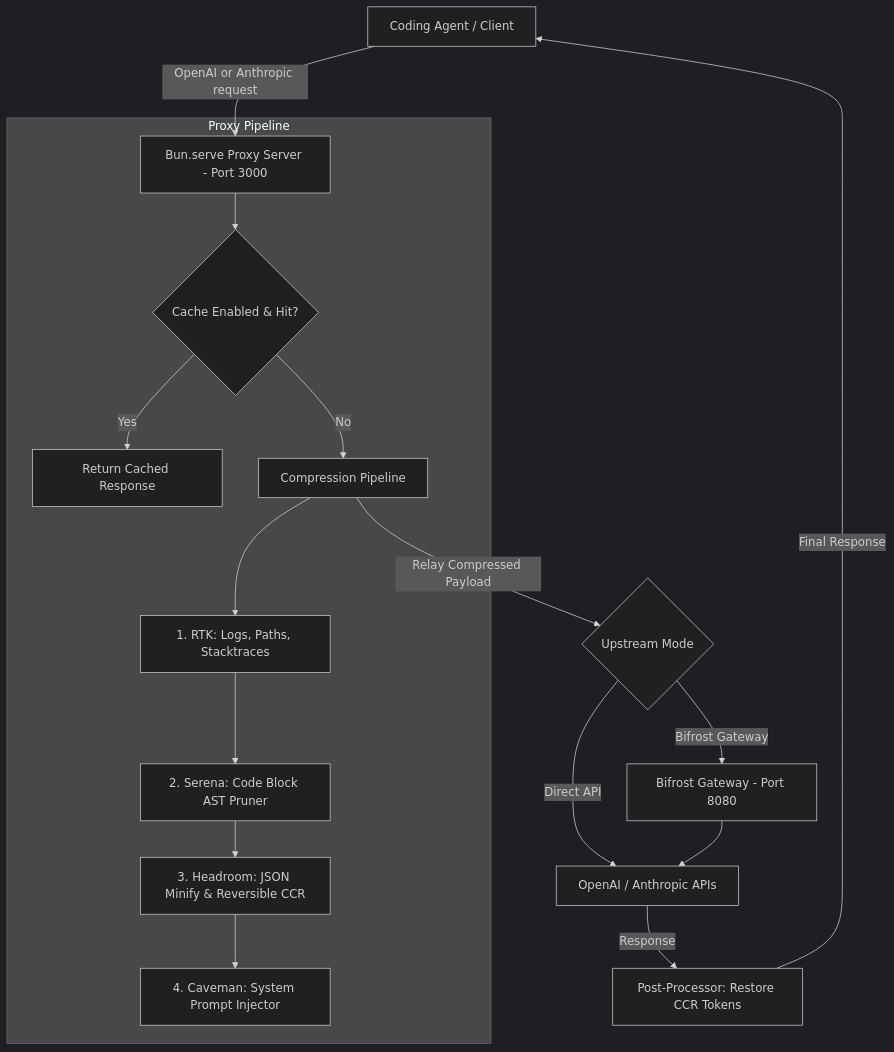
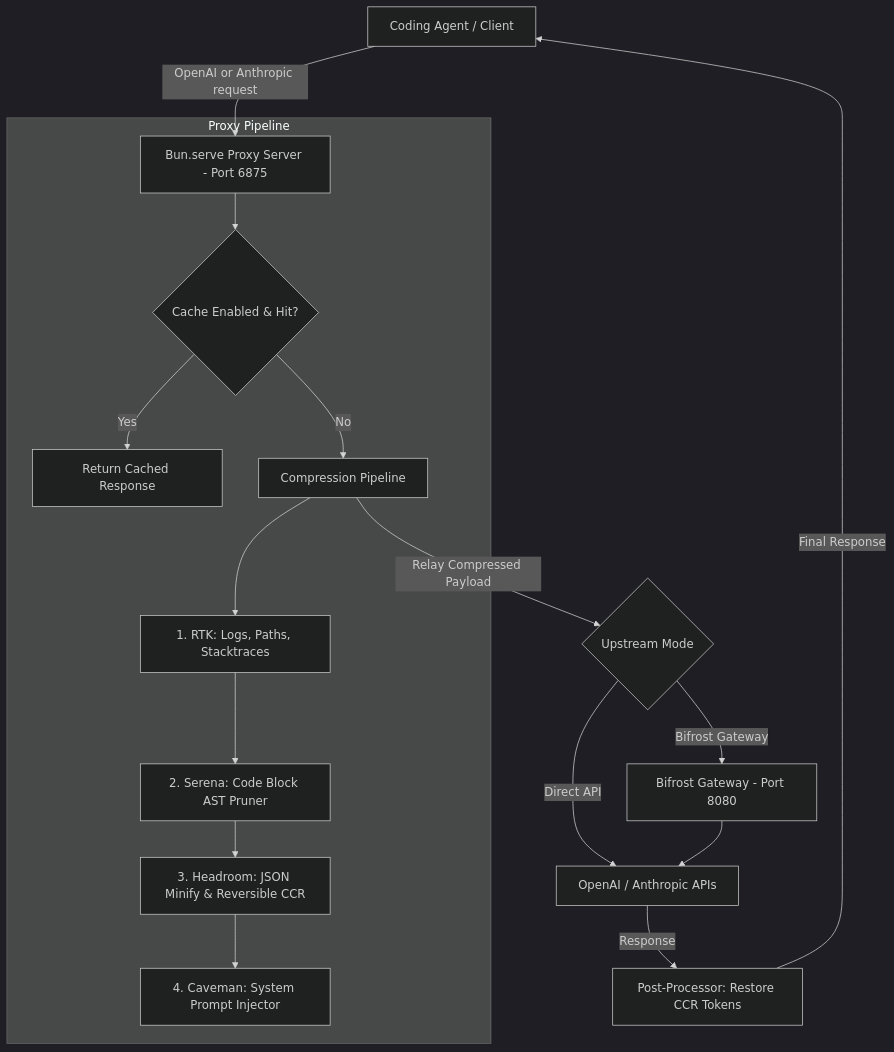
One commit to RudyCity/RamuToken changed the diagram in IMPLEMENTATION_PLAN.md. Above: the diagram before and after it, drawn with Mermaid (dark theme). The commit also changed other lines of this file and 6 other files, not shown here.

````diff
--- a/IMPLEMENTATION_PLAN.md
+++ b/IMPLEMENTATION_PLAN.md
@@ -11,23 +11,23 @@
 ```mermaid
 graph TD
-    Client[Coding Agent / Client] -->|OpenAI or Anthropic request| Proxy[Bun.serve Proxy Server - Port 3000]
+    Client[Coding Agent / Client] -->|OpenAI or Anthropic request| Proxy[Bun.serve Proxy Server - Port 6875]
     
     subgraph Proxy Pipeline
         Proxy --> CacheCheck{Cache Enabled & Hit?}
         CacheCheck -->|Yes| CacheHit[Return Cached Response]
         CacheCheck -->|No| Compress[Compression Pipeline]
         
         Compress --> RTK[1. RTK: Logs, Paths, Stacktraces]
         RTK --> Serena[2. Serena: Code Block AST Pruner]
         Serena --> Headroom[3. Headroom: JSON Minify & Reversible CCR]
         Headroom --> Caveman[4. Caveman: System Prompt Injector]
     end
     
     Compress -->|Relay Compressed Payload| Upstream{Upstream Mode}
     Upstream -->|Bifrost Gateway| Bifrost[Bifrost Gateway - Port 8080]
     Upstream -->|Direct API| Provider[OpenAI / Anthropic APIs]
     
     Bifrost --> Provider
     Provider -->|Response| PostProcess[Post-Processor: Restore CCR Tokens]
     PostProcess -->|Final Response| Client
 ```
````
